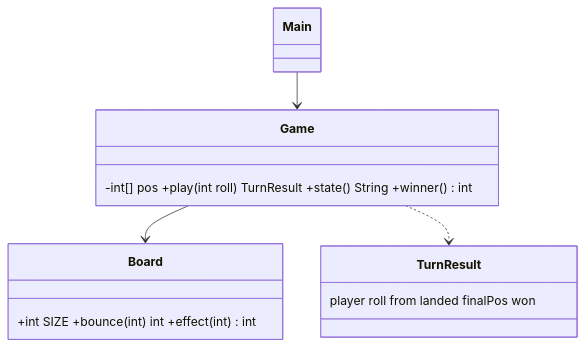
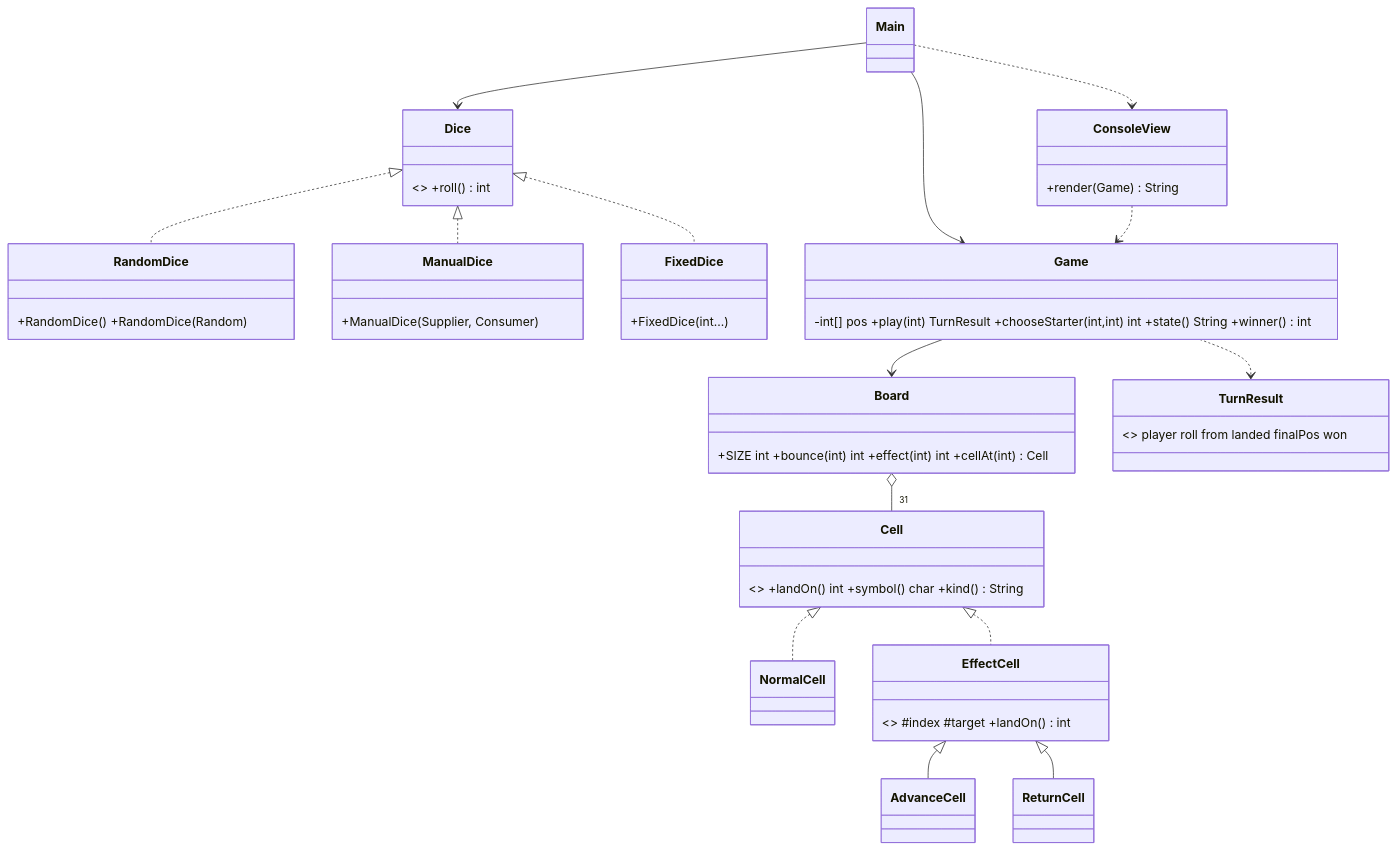
The diagram in UML.md (mafalda-cardoso/the-30th-door), drawn with Mermaid before and after one commit. The commit also changed other lines of this file and 9 other files, not shown here.

````diff
--- a/UML.md
+++ b/UML.md
@@ -2,10 +3,31 @@
 ```mermaid
 classDiagram
-class Board { +int SIZE +bounce(int) int +effect(int) int }
-class Game { -int[] pos +play(int roll) TurnResult +state() String +winner() int }
-class TurnResult { player roll from landed finalPos won }
+class Dice { <<interface>> +roll() int }
+class RandomDice { +RandomDice() +RandomDice(Random) }
+class ManualDice { +ManualDice(Supplier, Consumer) }
+class FixedDice { +FixedDice(int...) }
+Dice <|.. RandomDice
+Dice <|.. ManualDice
+Dice <|.. FixedDice
+class Cell { <<interface>> +landOn() int +symbol() char +kind() String }
+class NormalCell
+class EffectCell { <<abstract>> #index #target +landOn() int }
+class AdvanceCell
+class ReturnCell
+Cell <|.. NormalCell
+Cell <|.. EffectCell
+EffectCell <|-- AdvanceCell
+EffectCell <|-- ReturnCell
+class Board { +SIZE int +bounce(int) int +effect(int) int +cellAt(int) Cell }
+class Game { -int[] pos +play(int) TurnResult +chooseStarter(int,int) int +state() String +winner() int }
+class TurnResult { <<record>> player roll from landed finalPos won }
+class ConsoleView { +render(Game) String }
 class Main
-Main --> Game
+Board o-- "31" Cell
 Game --> Board
 Game ..> TurnResult
+Main --> Game
+Main --> Dice
+Main ..> ConsoleView
+ConsoleView ..> Game
 ```
````
